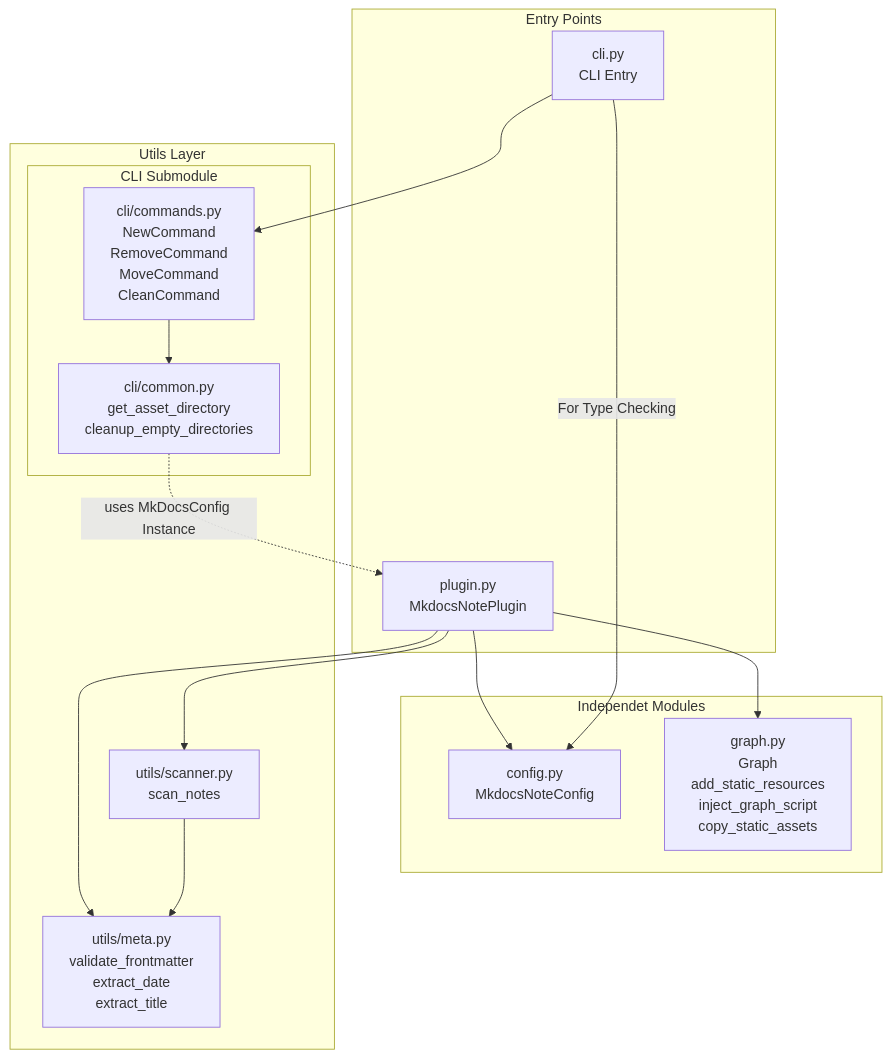
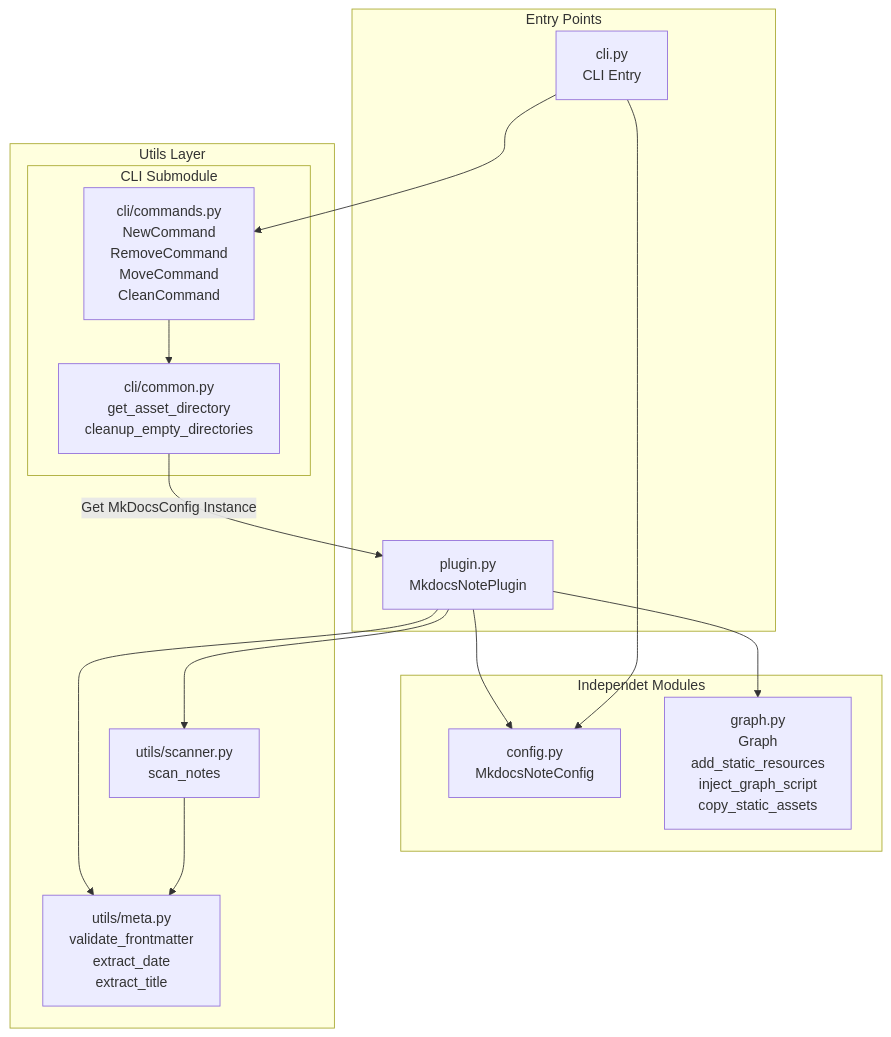
One commit to virtualguard101/mkdocs-note changed the first of 6 diagrams in docs/contributing/architecture.md. Above: the diagram before and after it, drawn with Mermaid.

Commit message:
docs: update architechture overview

````diff
--- a/docs/contributing/architecture.md
+++ b/docs/contributing/architecture.md
@@ -146,35 +146,35 @@
 ```mermaid
 graph TB
     subgraph "Entry Points"
         Plugin[plugin.py<br/>MkdocsNotePlugin]
         CLI[cli.py<br/>CLI Entry]
     end
     
     subgraph "Independet Modules"
         Config[config.py<br/>MkdocsNoteConfig]
         Graph[graph.py<br/>Graph<br/>add_static_resources<br/>inject_graph_script<br/>copy_static_assets]
     end
     
     subgraph "Utils Layer"
         Meta[utils/meta.py<br/>validate_frontmatter<br/>extract_date<br/>extract_title]
         Scanner[utils/scanner.py<br/>scan_notes]
         
         subgraph "CLI Submodule"
             Commands[cli/commands.py<br/>NewCommand<br/>RemoveCommand<br/>MoveCommand<br/>CleanCommand]
             Common[cli/common.py<br/>get_asset_directory<br/>cleanup_empty_directories]
         end
     end
     
     Plugin --> Config
     Plugin --> Scanner
     Plugin --> Meta
     Plugin --> Graph
     
-    CLI -->|For Type Checking| Config
+    CLI ---> Config
     CLI --> Commands
     
     Commands --> Common
     Scanner --> Meta
     
-    Common -.->|uses MkDocsConfig Instance| Plugin
+    Common -->|Get MkDocsConfig Instance| Plugin
 ```
````
